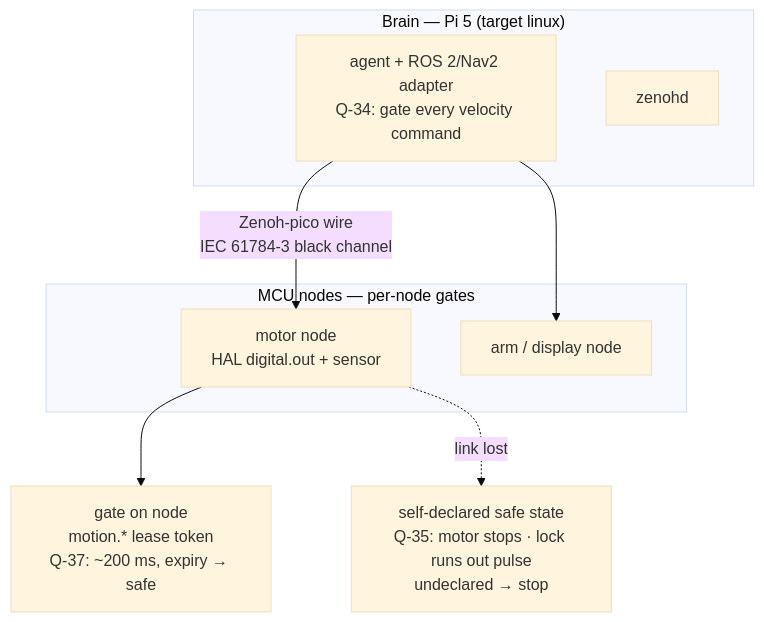
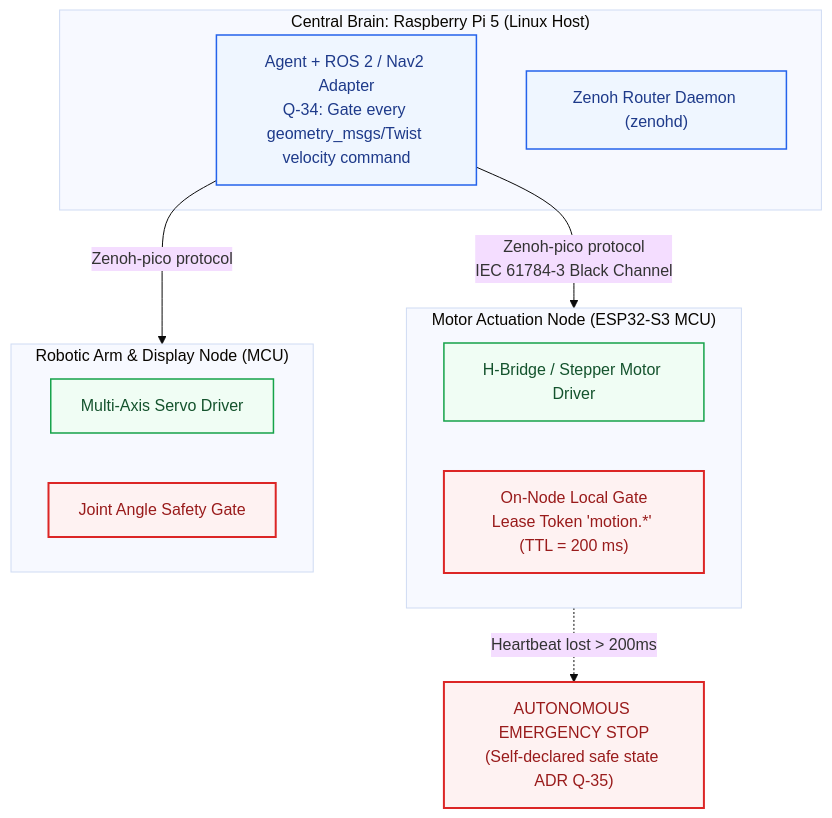
One commit to letrongminh/neuroedge-init changed the fifth of 5 diagrams in docs/architecture/en/13-evolution-i0-i18.md. Above: the diagram before and after it, drawn with Mermaid (base theme). The commit also changed other lines of this file and 35 other files, not shown here.

First line of the commit message:
docs(architecture): comprehensive upgrade of architecture suite, Mermaid diagrams and vector posters

````diff
--- a/docs/architecture/en/13-evolution-i0-i18.md
+++ b/docs/architecture/en/13-evolution-i0-i18.md
@@ -114,15 +172,27 @@
 ```mermaid
 flowchart TB
-    subgraph pi["Brain — Pi 5 (target linux)"]
-        AG[agent + ROS 2/Nav2 adapter<br/>Q-34: gate every velocity command]
-        ZH[zenohd]
+    classDef host fill:#eff6ff,stroke:#2563eb,color:#1e3a8a,stroke-width:1.5px;
+    classDef mcu fill:#f0fdf4,stroke:#16a34a,color:#14532d,stroke-width:1.5px;
+    classDef gate fill:#fef2f2,stroke:#dc2626,color:#991b1b,stroke-width:2px;
+    classDef estop fill:#fef2f2,stroke:#dc2626,color:#991b1b,stroke-width:2px;
+
+    subgraph BrainHost["Central Brain: Raspberry Pi 5 (Linux Host)"]
+        AG["Agent + ROS 2 / Nav2 Adapter<br/>Q-34: Gate every geometry_msgs/Twist velocity command"]:::host
+        ZH["Zenoh Router Daemon (zenohd)"]:::host
     end
-    subgraph nodes["MCU nodes — per-node gates"]
-        N1[motor node<br/>HAL digital.out + sensor]
-        N2[arm / display node]
+
+    subgraph MotorNode["Motor Actuation Node (ESP32-S3 MCU)"]
+        N1_HAL["H-Bridge / Stepper Motor Driver"]:::mcu
+        N1_GATE["On-Node Local Gate<br/>Lease Token 'motion.*' (TTL = 200 ms)"]:::gate
     end
-    AG -->|Zenoh-pico wire<br/>IEC 61784-3 black channel| N1
-    AG --> N2
-    N1 --> GS[gate on node<br/>motion.* lease token<br/>Q-37: ~200 ms, expiry → safe]
-    N1 -.->|link lost| SS[self-declared safe state<br/>Q-35: motor stops · lock runs out pulse<br/>undeclared → stop]
+
+    subgraph ManipulatorNode["Robotic Arm &amp; Display Node (MCU)"]
+        N2_HAL["Multi-Axis Servo Driver"]:::mcu
+        N2_GATE["Joint Angle Safety Gate"]:::gate
+    end
+
+    AG -->|Zenoh-pico protocol<br/>IEC 61784-3 Black Channel| MotorNode
+    AG -->|Zenoh-pico protocol| ManipulatorNode
+    
+    MotorNode -.->|Heartbeat lost > 200ms| E_STOP["AUTONOMOUS EMERGENCY STOP<br/>(Self-declared safe state ADR Q-35)"]:::estop
 ```
````
